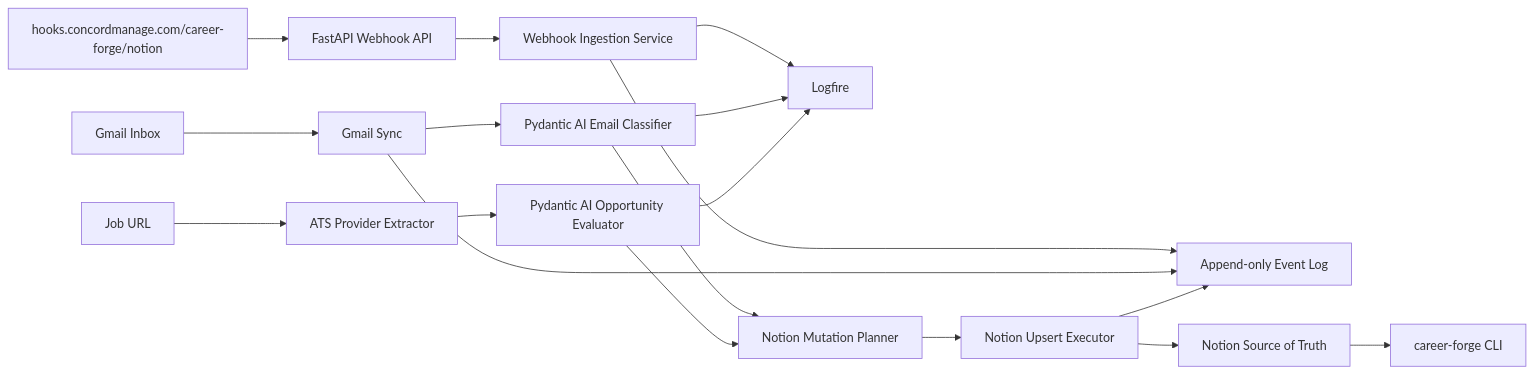
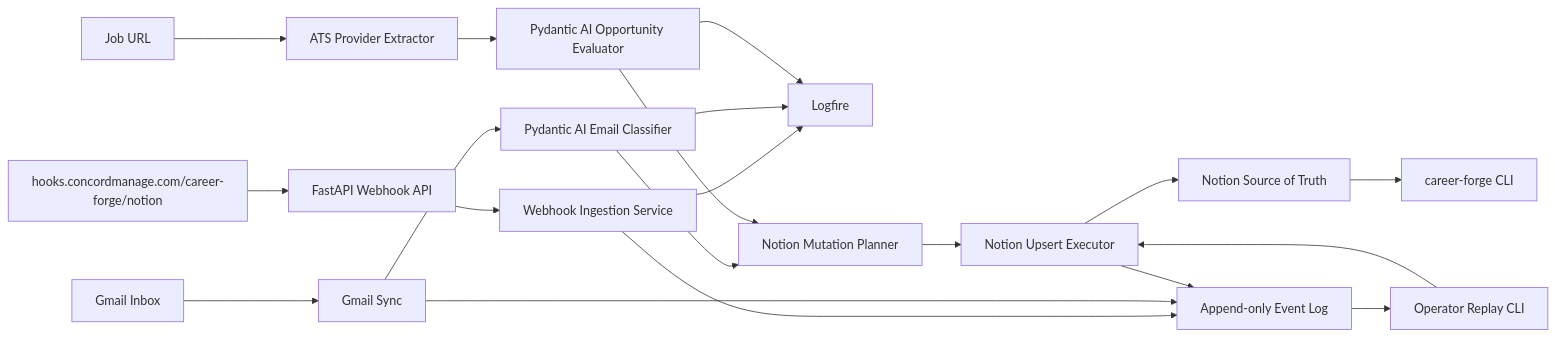
Before and after one commit to dillon-barendt/career-forge: the diagram in README.md, drawn with Mermaid. The commit also changed other lines of this file and 44 other files, not shown here.

````diff
--- a/README.md
+++ b/README.md
@@ -41,20 +42,22 @@
 ```mermaid
 flowchart LR
     Gmail["Gmail Inbox"] --> GmailSync["Gmail Sync"]
     GmailSync --> EmailAI["Pydantic AI Email Classifier"]
     JobURL["Job URL"] --> ATS["ATS Provider Extractor"]
     Hook["hooks.concordmanage.com/career-forge/notion"] --> WebhookAPI["FastAPI Webhook API"]
     WebhookAPI --> WebhookService["Webhook Ingestion Service"]
     WebhookService --> Events
     WebhookService --> Logfire
     ATS --> OppAI["Pydantic AI Opportunity Evaluator"]
     EmailAI --> Planner["Notion Mutation Planner"]
     OppAI --> Planner
+    Events --> Replay["Operator Replay CLI"]
+    Replay --> Executor
     Planner --> Executor["Notion Upsert Executor"]
     Executor --> Notion["Notion Source of Truth"]
     GmailSync --> Events["Append-only Event Log"]
     Executor --> Events
     EmailAI --> Logfire["Logfire"]
     OppAI --> Logfire
     Notion --> CLI["career-forge CLI"]
 ```
````
